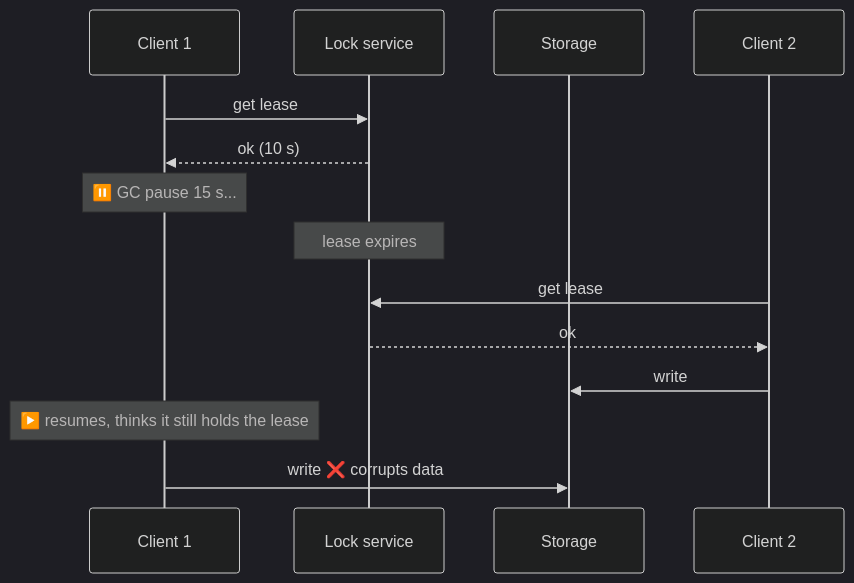
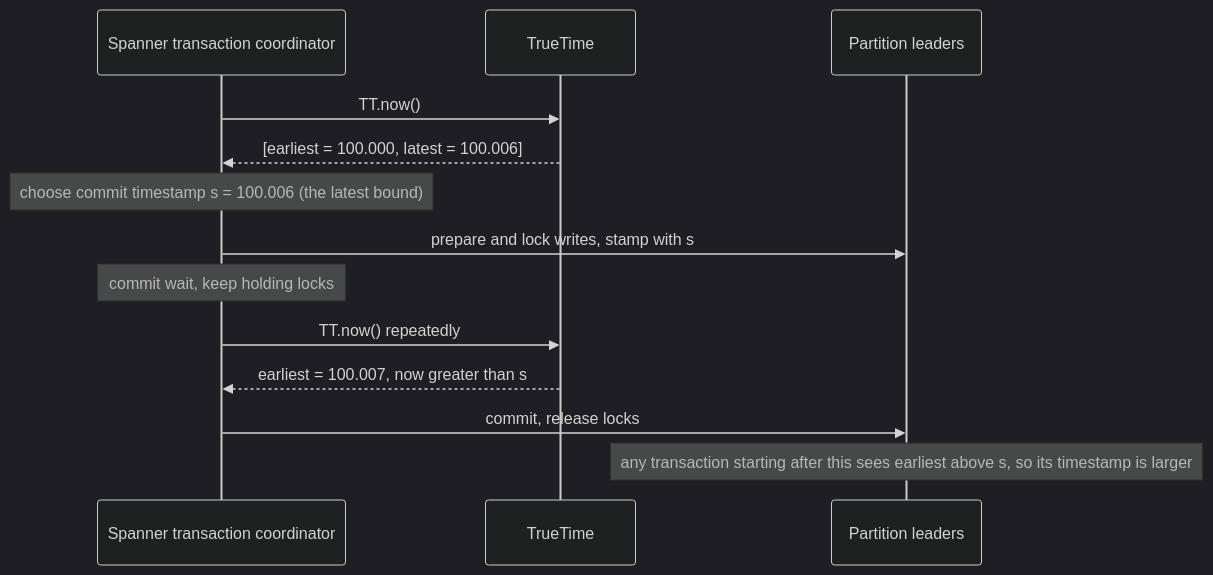
Before and after one commit to pratikguru998/ddia-book: diagram 11 of 20 in docs/chapters/part-2/08-distributed-trouble.mdx, drawn with Mermaid (dark theme). The commit also changed other lines of this file and 13 other files, not shown here.

Commit message:
Expand all 12 chapters: every book subsection, deeper notes, ~320 diagrams

````diff
--- a/docs/chapters/part-2/08-distributed-trouble.mdx
+++ b/docs/chapters/part-2/08-distributed-trouble.mdx
@@ -124,16 +524,15 @@
 ```mermaid
 sequenceDiagram
-  participant C1 as Client 1
-  participant LS as Lock service
-  participant ST as Storage
-  participant C2 as Client 2
-  C1->>LS: get lease
-  LS-->>C1: ok (10 s)
-  Note over C1: ⏸️ GC pause 15 s...
-  Note over LS: lease expires
-  C2->>LS: get lease
-  LS-->>C2: ok
-  C2->>ST: write
-  Note over C1: ▶️ resumes, thinks it still holds the lease
-  C1->>ST: write ❌ corrupts data
+  participant T as Spanner transaction coordinator
+  participant TT as TrueTime
+  participant P as Partition leaders
+  T->>TT: TT.now()
+  TT-->>T: [earliest = 100.000, latest = 100.006]
+  Note over T: choose commit timestamp s = 100.006 (the latest bound)
+  T->>P: prepare and lock writes, stamp with s
+  Note over T: commit wait, keep holding locks
+  T->>TT: TT.now() repeatedly
+  TT-->>T: earliest = 100.007, now greater than s
+  T->>P: commit, release locks
+  Note over P: any transaction starting after this sees earliest above s, so its timestamp is larger
 ```
````
